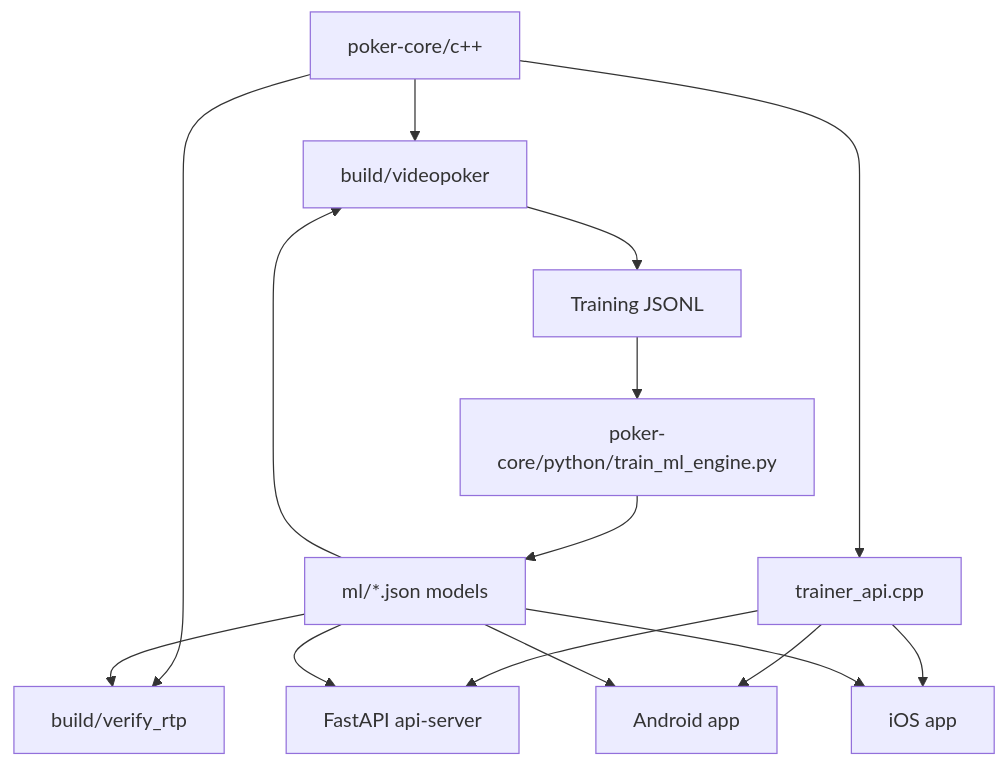
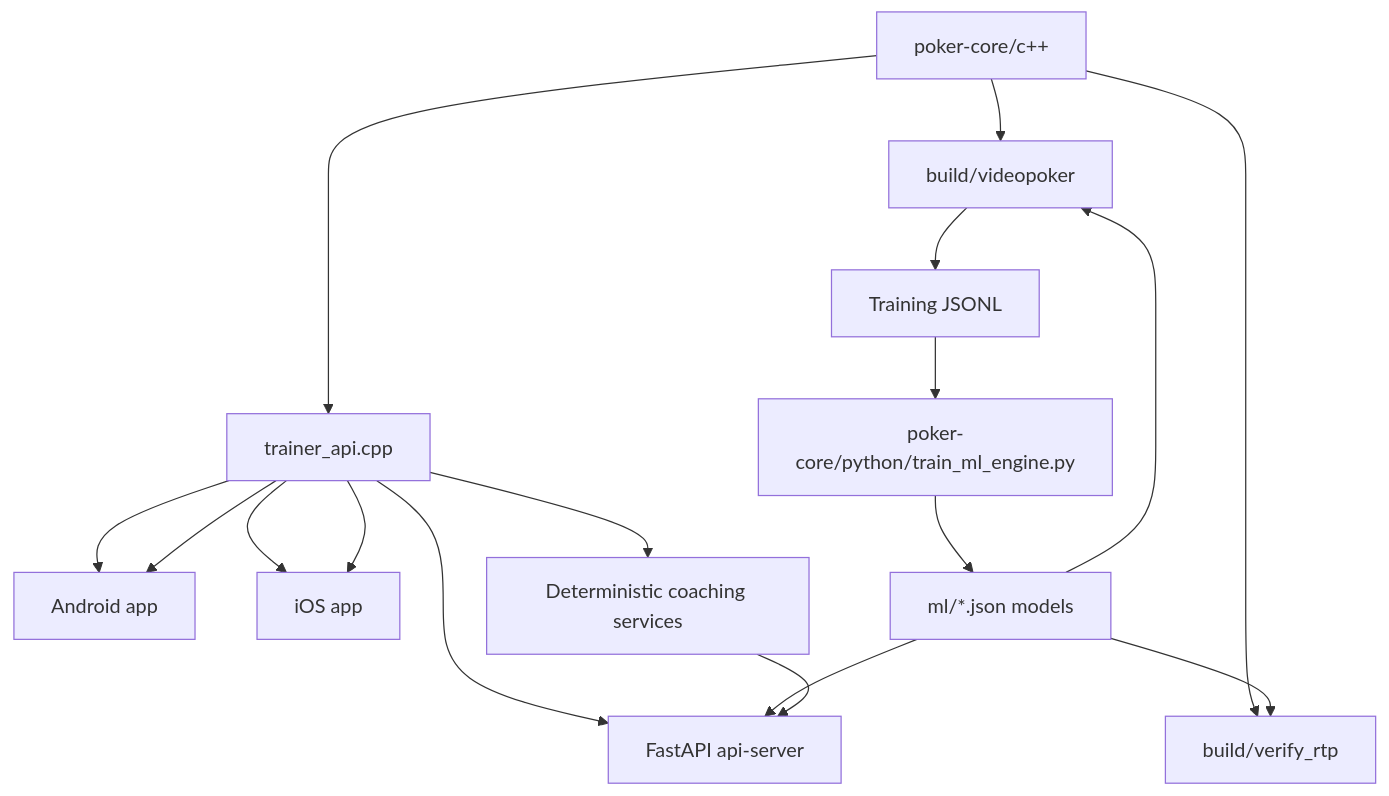
The diagram in README.md (gordon-pusnik/equilibrium), drawn with Mermaid before and after one commit. The commit also changed other lines of this file and 30 other files, not shown here.

````diff
--- a/README.md
+++ b/README.md
@@ -35,18 +36,20 @@
 ```mermaid
 flowchart TD
     A[poker-core/c++]
     A --> B[build/videopoker]
     A --> C[build/verify_rtp]
     A --> D[trainer_api.cpp]
     D --> E[FastAPI api-server]
     D --> F[Android app]
     D --> G[iOS app]
     B --> H[Training JSONL]
     H --> I[poker-core/python/train_ml_engine.py]
     I --> J[ml/*.json models]
     J --> B
     J --> C
     J --> E
-    J --> F
-    J --> G
+    D --> K[Deterministic coaching services]
+    K --> E
+    D --> F
+    D --> G
 ```
````
